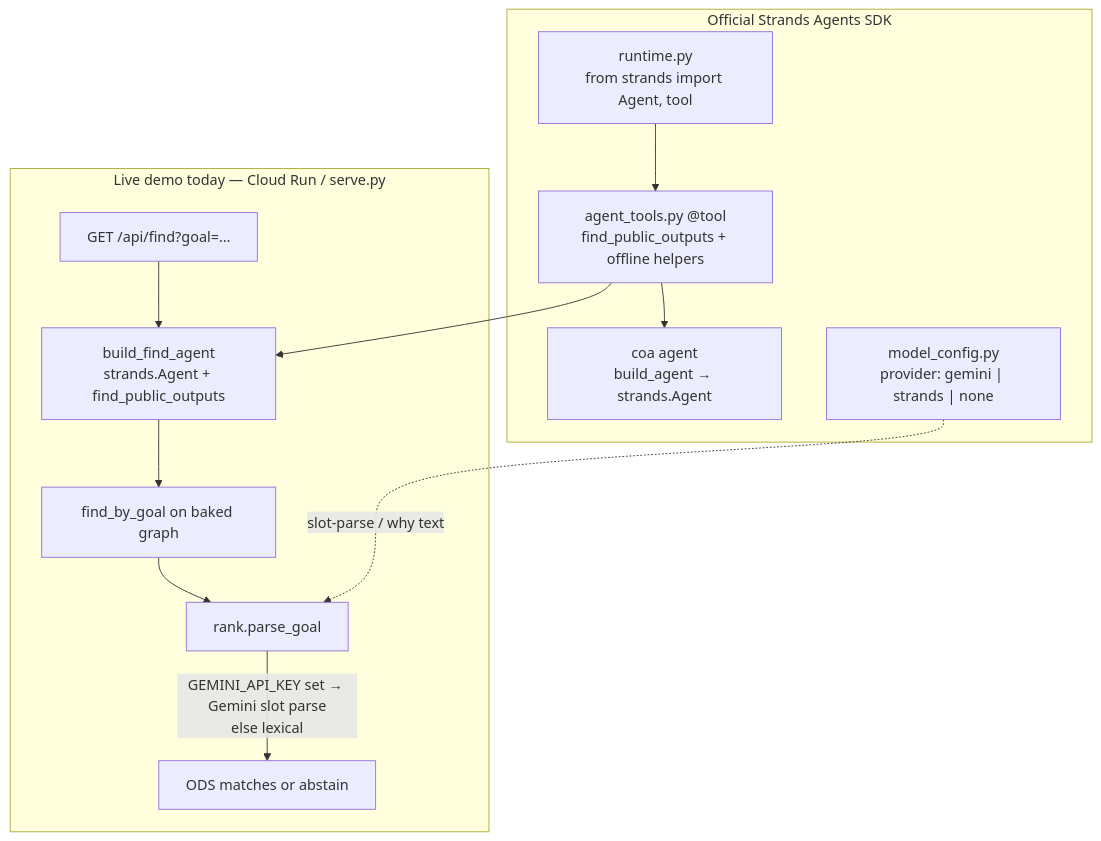
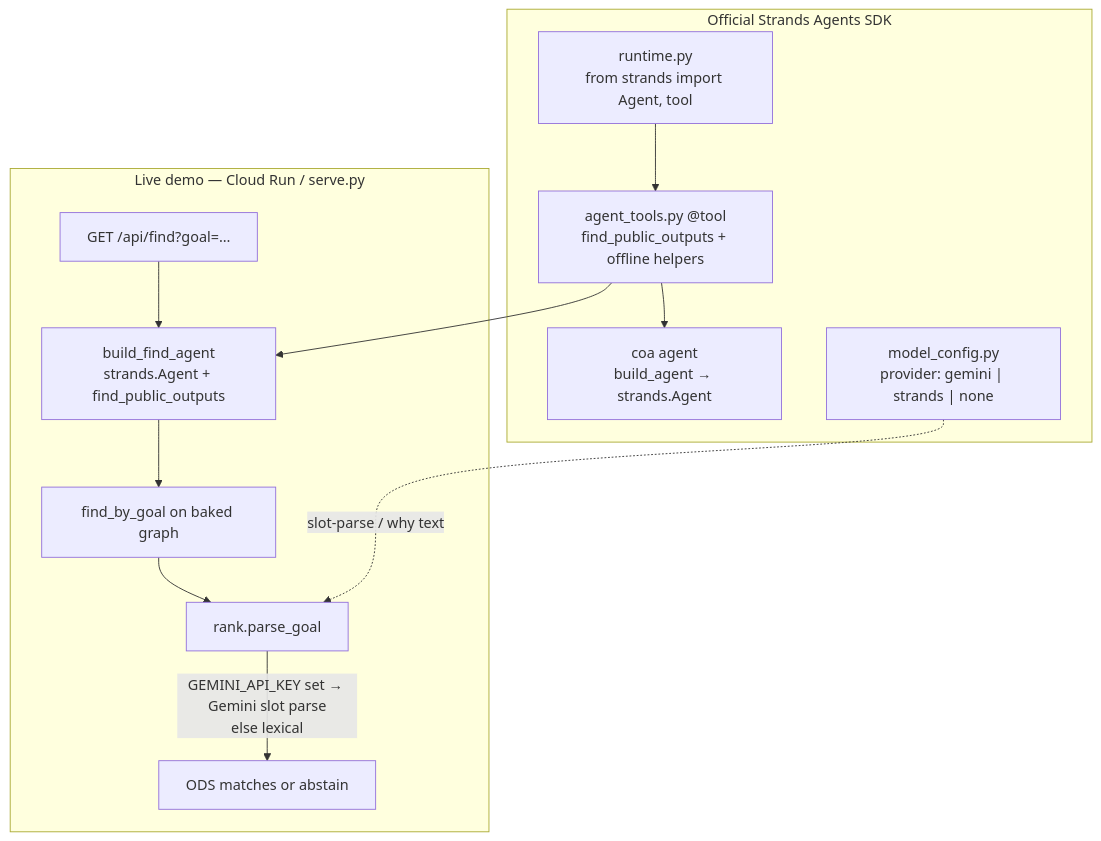
One commit to qxiong888/cancer-output-atlas changed the second of 2 diagrams in README.md. Above: the diagram before and after it, drawn with Mermaid. The commit also changed other lines of this file and 4 other files, not shown here.

Commit message:
Align public docs with live Strands find and demo framing.

````diff
--- a/README.md
+++ b/README.md
@@ -64,20 +60,20 @@
 ```mermaid
 flowchart TB
-  subgraph live ["Live demo today — Cloud Run / serve.py"]
+  subgraph live ["Live demo — Cloud Run / serve.py"]
     S["GET /api/find?goal=…"] --> AG["build_find_agent<br/>strands.Agent + find_public_outputs"]
     AG --> F["find_by_goal on baked graph"]
     F --> PG["rank.parse_goal"]
     PG -->|"GEMINI_API_KEY set → Gemini slot parse<br/>else lexical"| G2["ODS matches or abstain"]
   end
 
   subgraph sdk ["Official Strands Agents SDK"]
     RT["runtime.py<br/>from strands import Agent, tool"]
     AT["agent_tools.py @tool<br/>find_public_outputs + offline helpers"]
     CLI["coa agent<br/>build_agent → strands.Agent"]
     MC["model_config.py<br/>provider: gemini | strands | none"]
     RT --> AT
     AT --> AG
     AT --> CLI
     MC -.->|"slot-parse / why text"| PG
   end
 ```
````
